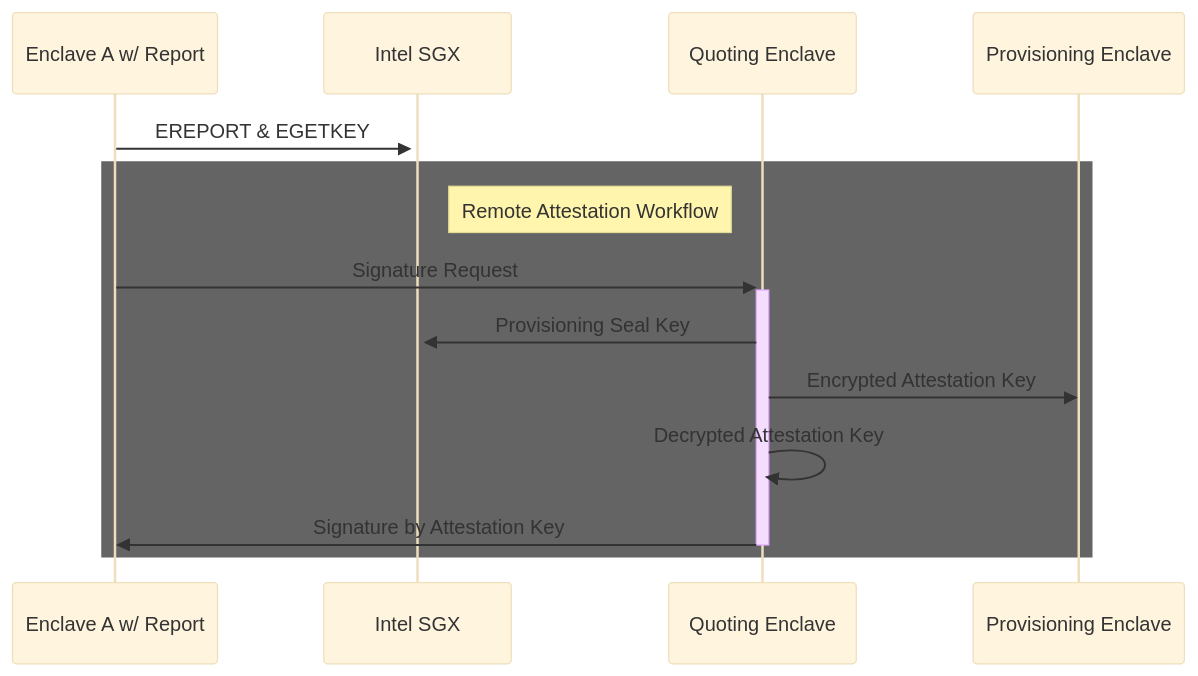
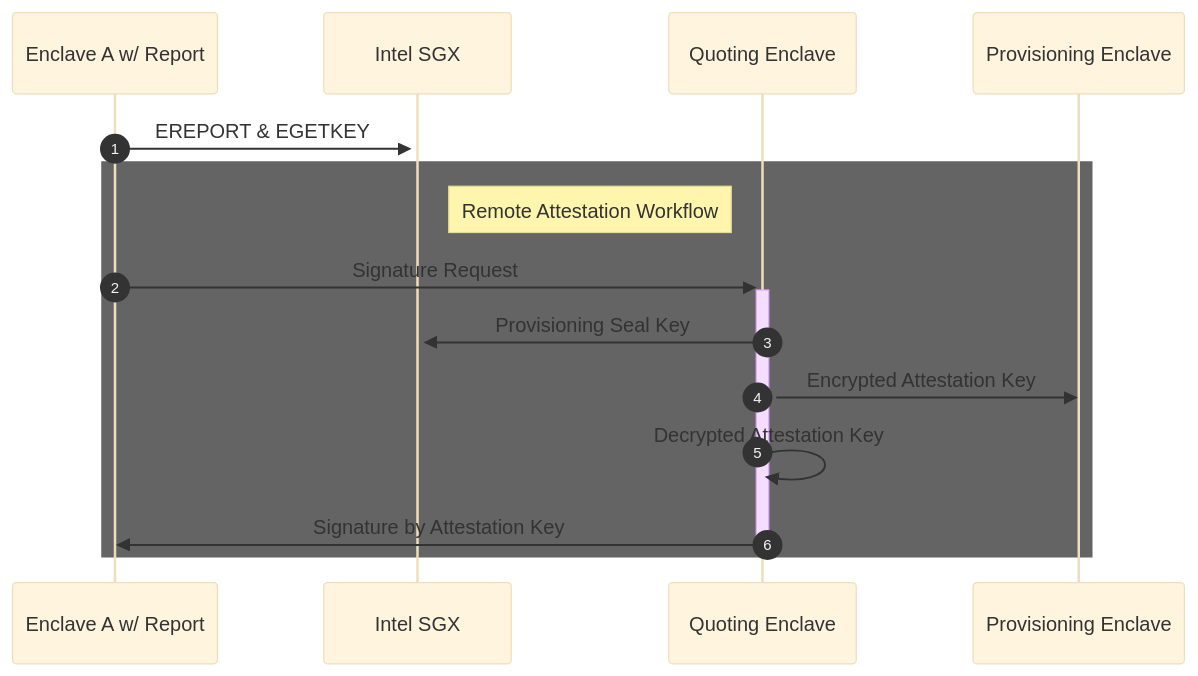
One commit to evan361425/evan361425.github.io changed the fifth of 5 diagrams in src/essay/confidential-computing.md. Above: the diagram before and after it, drawn with Mermaid (base theme). The commit also changed other lines of this file and 2 other files, not shown here.

Commit message:
using native mermaid

````diff
--- a/src/essay/confidential-computing.md
+++ b/src/essay/confidential-computing.md
@@ -316,16 +317,17 @@
 ```mermaid
 sequenceDiagram
+  autonumber
   participant A as Enclave A w/ Report
   participant sgx as Intel SGX
   participant qe as Quoting Enclave
   participant pve as Provisioning Enclave
   A->>+sgx: EREPORT & EGETKEY
   rect rgb(100,100,100)
   note left of qe: Remote Attestation Workflow
   A->>+qe: Signature Request
   qe->>sgx: Provisioning Seal Key
   qe->>pve: Encrypted Attestation Key
   qe->>qe: Decrypted Attestation Key
   qe->>-A: Signature by Attestation Key
   end
 ```
````
